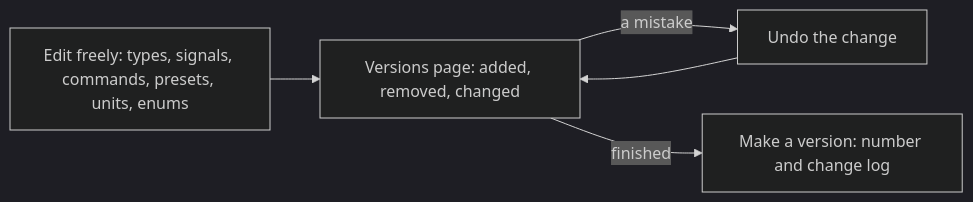
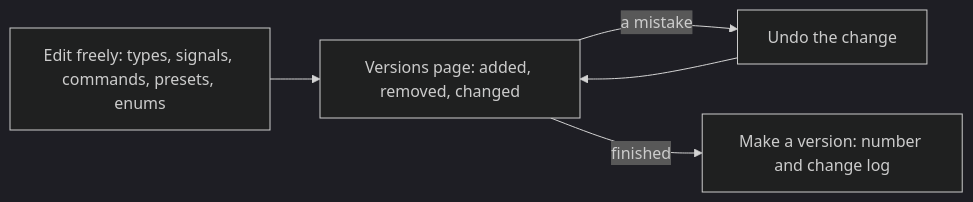
Before and after one commit to AlexandreGallais/synoptic-studio-spec: the first of 2 diagrams in metadata/13-versions.md, drawn with Mermaid (dark theme). The commit also changed other lines of this file and 6 other files, not shown here.

````diff
--- a/metadata/13-versions.md
+++ b/metadata/13-versions.md
@@ -25,6 +26,6 @@
 ```mermaid
 flowchart LR
-    E["Edit freely: types, signals, commands, presets, units, enums"] --> V["Versions page: added, removed, changed"]
+    E["Edit freely: types, signals, commands, presets, enums"] --> V["Versions page: added, removed, changed"]
     V -->|"a mistake"| U["Undo the change"] --> V
     V -->|"finished"| N["Make a version: number and change log"]
 ```
````
